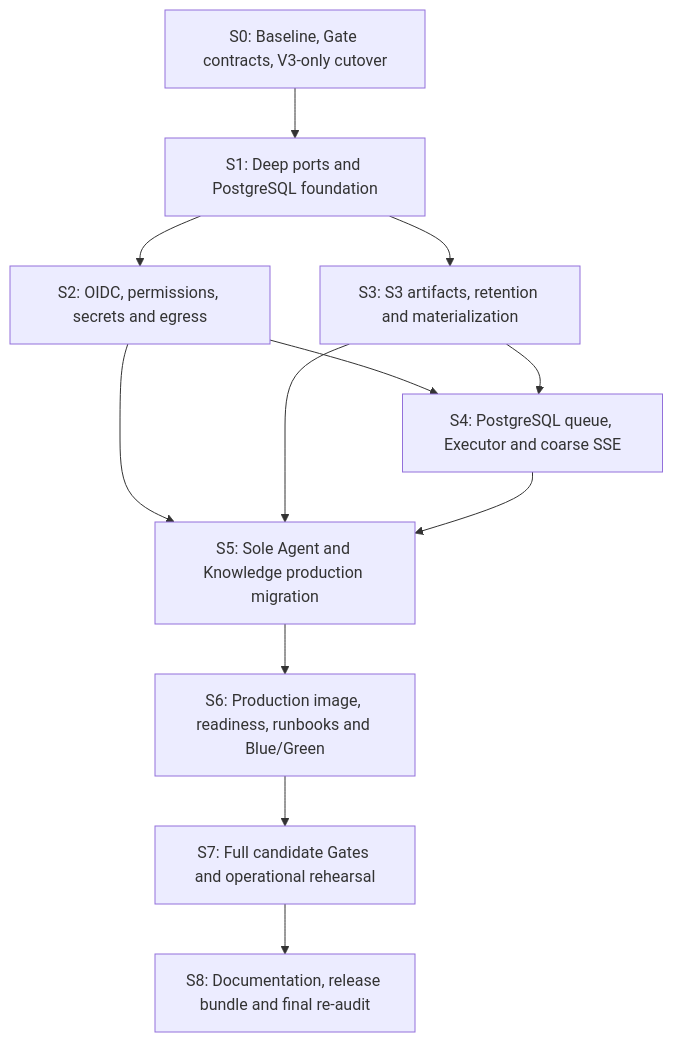
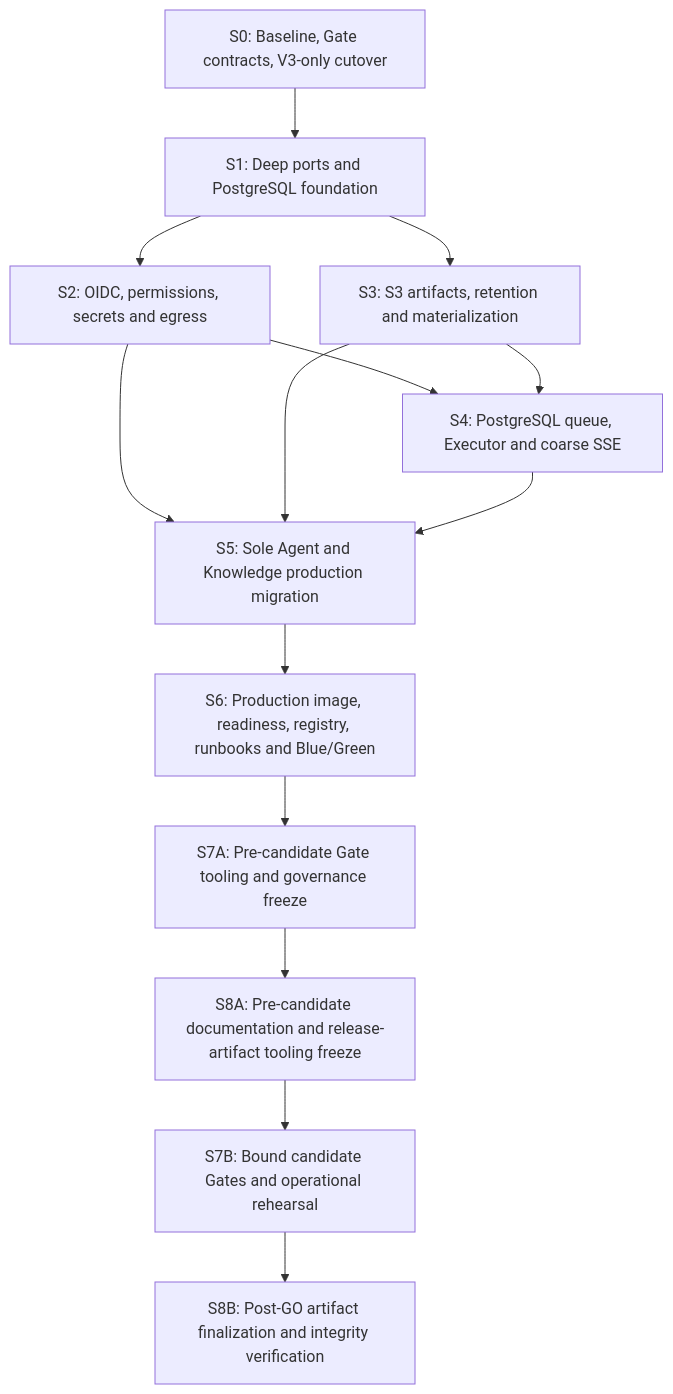
The second of 2 diagrams in docs/superpowers/specs/2026-07-11-proofagent-initial-production-release-closure-design.md (jaminzzhang/ProofAgent), drawn with Mermaid before and after one commit. The commit also changed other lines of this file and 10 other files, not shown here.

Commit message:
Add production release closure implementation plans

````diff
--- a/docs/superpowers/specs/2026-07-11-proofagent-initial-production-release-closure-design.md
+++ b/docs/superpowers/specs/2026-07-11-proofagent-initial-production-release-closure-design.md
@@ -356,14 +357,16 @@
 ```mermaid
 flowchart TD
     S0["S0: Baseline, Gate contracts, V3-only cutover"] --> S1["S1: Deep ports and PostgreSQL foundation"]
     S1 --> S2["S2: OIDC, permissions, secrets and egress"]
     S1 --> S3["S3: S3 artifacts, retention and materialization"]
     S2 --> S4["S4: PostgreSQL queue, Executor and coarse SSE"]
     S3 --> S4
     S2 --> S5["S5: Sole Agent and Knowledge production migration"]
     S3 --> S5
     S4 --> S5
-    S5 --> S6["S6: Production image, readiness, runbooks and Blue/Green"]
-    S6 --> S7["S7: Full candidate Gates and operational rehearsal"]
-    S7 --> S8["S8: Documentation, release bundle and final re-audit"]
+    S5 --> S6["S6: Production image, readiness, registry, runbooks and Blue/Green"]
+    S6 --> S7A["S7A: Pre-candidate Gate tooling and governance freeze"]
+    S7A --> S8A["S8A: Pre-candidate documentation and release-artifact tooling freeze"]
+    S8A --> S7B["S7B: Bound candidate Gates and operational rehearsal"]
+    S7B --> S8B["S8B: Post-GO artifact finalization and integrity verification"]
 ```
````
